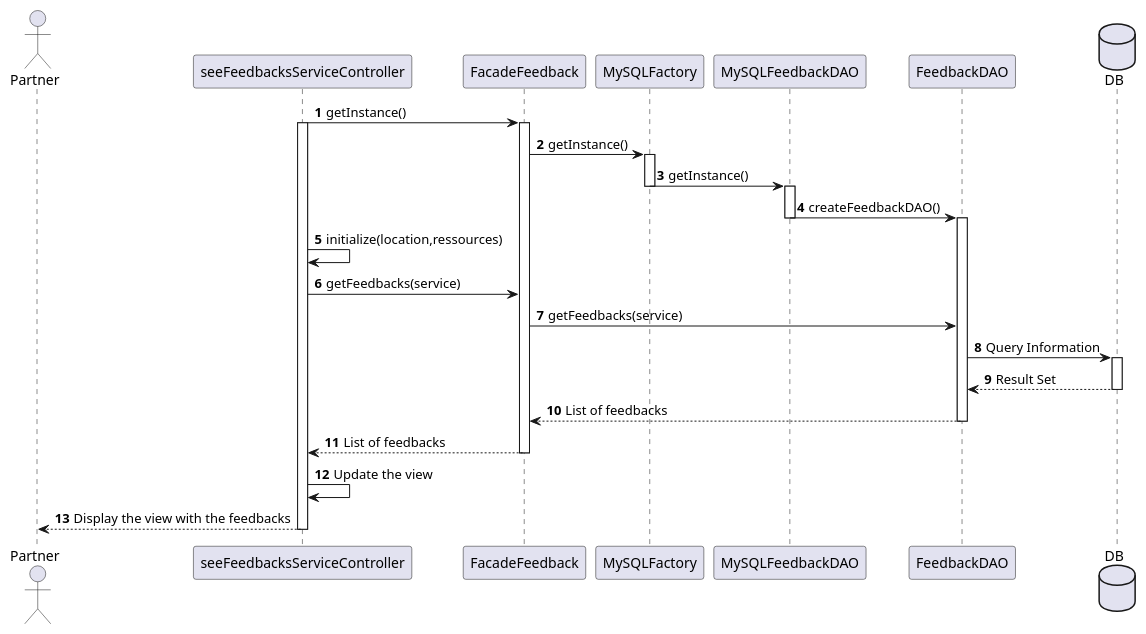
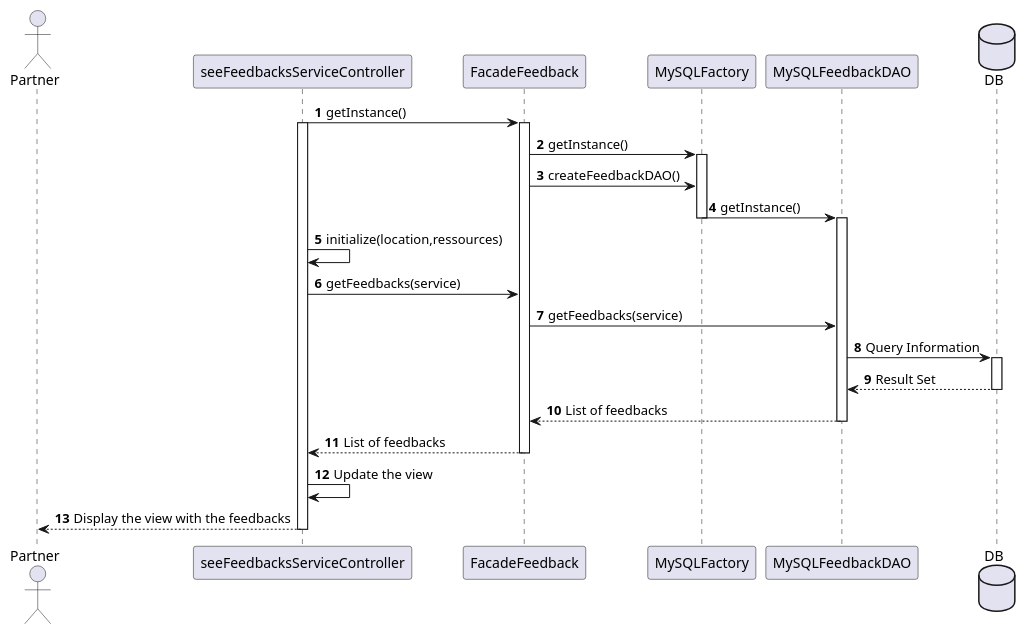
One commit to guiguie34/StudEasy changed the diagram in project_diagrams/sequenceDiagrams/feedbackManagement.puml. Above: the diagram before and after it, drawn with PlantUML. The commit also changed 2 other files, not shown here.

Commit message:
Fix : sequence diagrams

```diff
--- a/project_diagrams/sequenceDiagrams/feedbackManagement.puml
+++ b/project_diagrams/sequenceDiagrams/feedbackManagement.puml
@@ -1,30 +1,29 @@
 @startuml
 autonumber
 actor Partner
 seeFeedbacksServiceController -> FacadeFeedback : getInstance()
 activate seeFeedbacksServiceController
 activate FacadeFeedback
 FacadeFeedback -> MySQLFactory : getInstance()
 activate MySQLFactory
+FacadeFeedback -> MySQLFactory : createFeedbackDAO()
 MySQLFactory -> MySQLFeedbackDAO : getInstance()
 deactivate MySQLFactory
 activate MySQLFeedbackDAO
-MySQLFeedbackDAO -> FeedbackDAO : createFeedbackDAO()
 deactivate MySQLFeedbackDAO
-activate FeedbackDAO
 seeFeedbacksServiceController -> seeFeedbacksServiceController : initialize(location,ressources)
 seeFeedbacksServiceController -> FacadeFeedback : getFeedbacks(service)
-FacadeFeedback -> FeedbackDAO : getFeedbacks(service)
+FacadeFeedback -> MySQLFeedbackDAO : getFeedbacks(service)
 database DB
-FeedbackDAO -> DB : Query Information
+MySQLFeedbackDAO -> DB : Query Information
 activate DB
-DB --> FeedbackDAO : Result Set
+DB --> MySQLFeedbackDAO : Result Set
 deactivate DB
-FeedbackDAO --> FacadeFeedback : List of feedbacks
-deactivate FeedbackDAO
+MySQLFeedbackDAO --> FacadeFeedback : List of feedbacks
+deactivate MySQLFeedbackDAO
 FacadeFeedback --> seeFeedbacksServiceController : List of feedbacks
 deactivate FacadeFeedback
 seeFeedbacksServiceController -> seeFeedbacksServiceController : Update the view
 seeFeedbacksServiceController --> Partner : Display the view with the feedbacks
 deactivate seeFeedbacksServiceController
 @enduml
```
